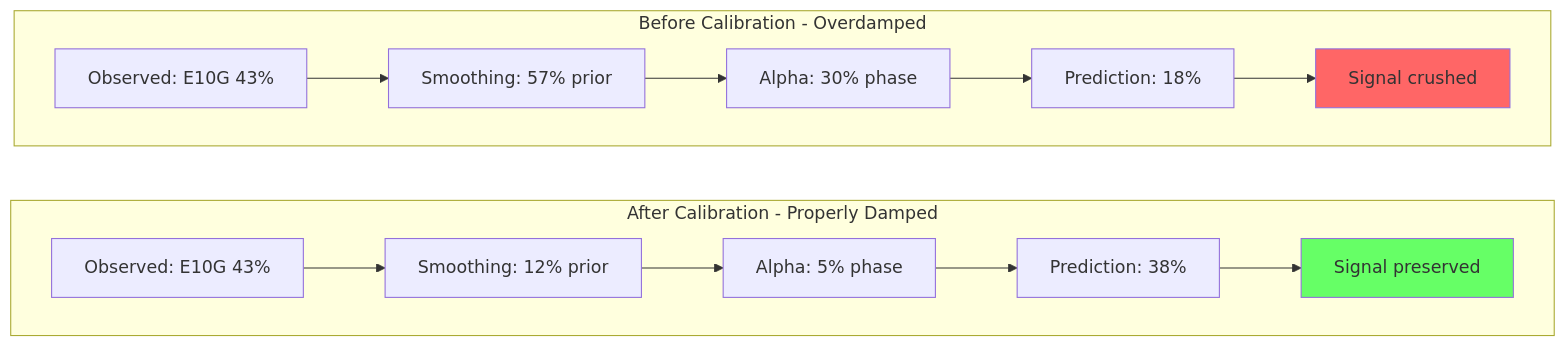
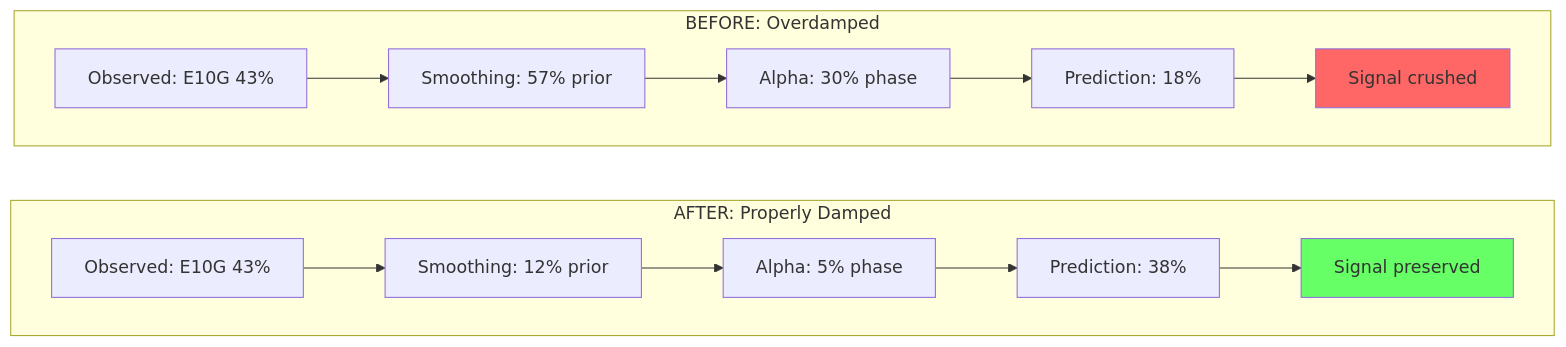
Before and after one commit to murr2k/snowdrop-tangled-agents: the second of 2 diagrams in docs/OPPONENT_MODELING.md, drawn with Mermaid.

Commit message:
fix: Shorten subgraph titles to fit on one line

````diff
--- a/docs/OPPONENT_MODELING.md
+++ b/docs/OPPONENT_MODELING.md
@@ -466,23 +466,23 @@
 ```mermaid
 flowchart TB
-    subgraph before ["Before Calibration - Overdamped"]
+    subgraph before ["BEFORE: Overdamped"]
         direction LR
         A1["Observed: E10G 43%"] --> B1["Smoothing: 57% prior"]
         B1 --> C1["Alpha: 30% phase"]
         C1 --> D1["Prediction: 18%"]
         D1 --> E1["Signal crushed"]
     end
 
-    subgraph after ["After Calibration - Properly Damped"]
+    subgraph after ["AFTER: Properly Damped"]
         direction LR
         A2["Observed: E10G 43%"] --> B2["Smoothing: 12% prior"]
         B2 --> C2["Alpha: 5% phase"]
         C2 --> D2["Prediction: 38%"]
         D2 --> E2["Signal preserved"]
     end
 
     before ~~~ after
 
     style E1 fill:#f66
     style E2 fill:#6f6
 ```
````
